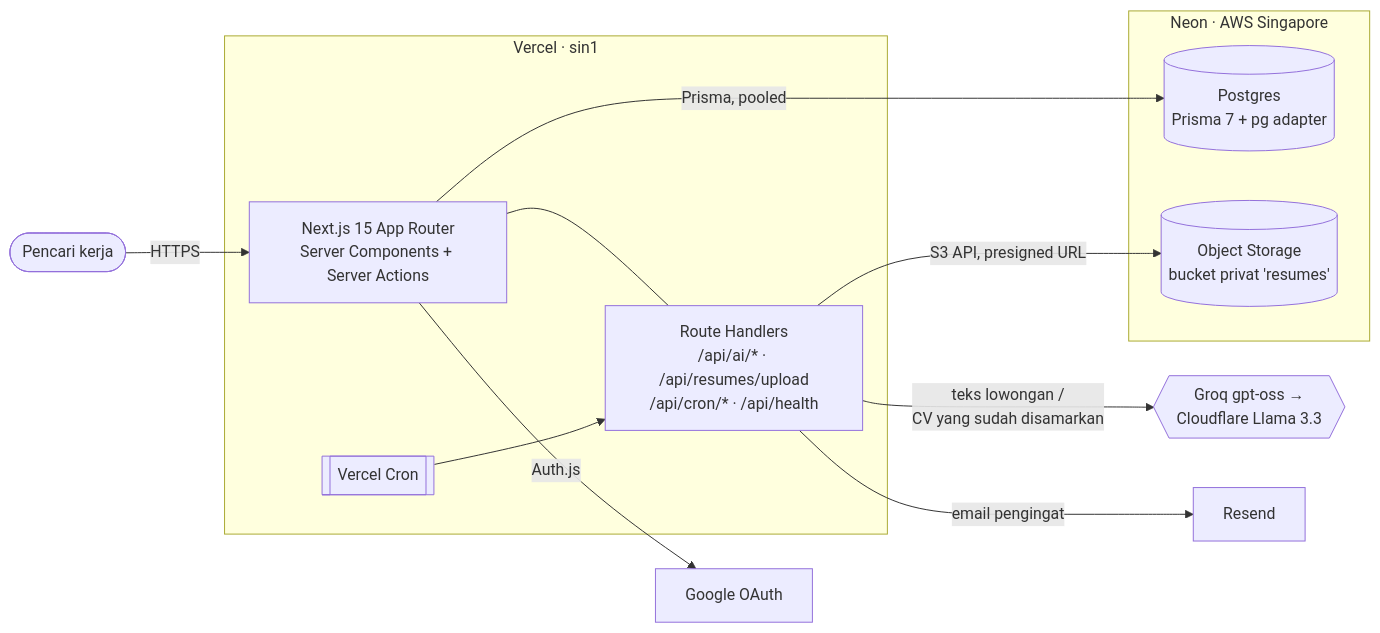
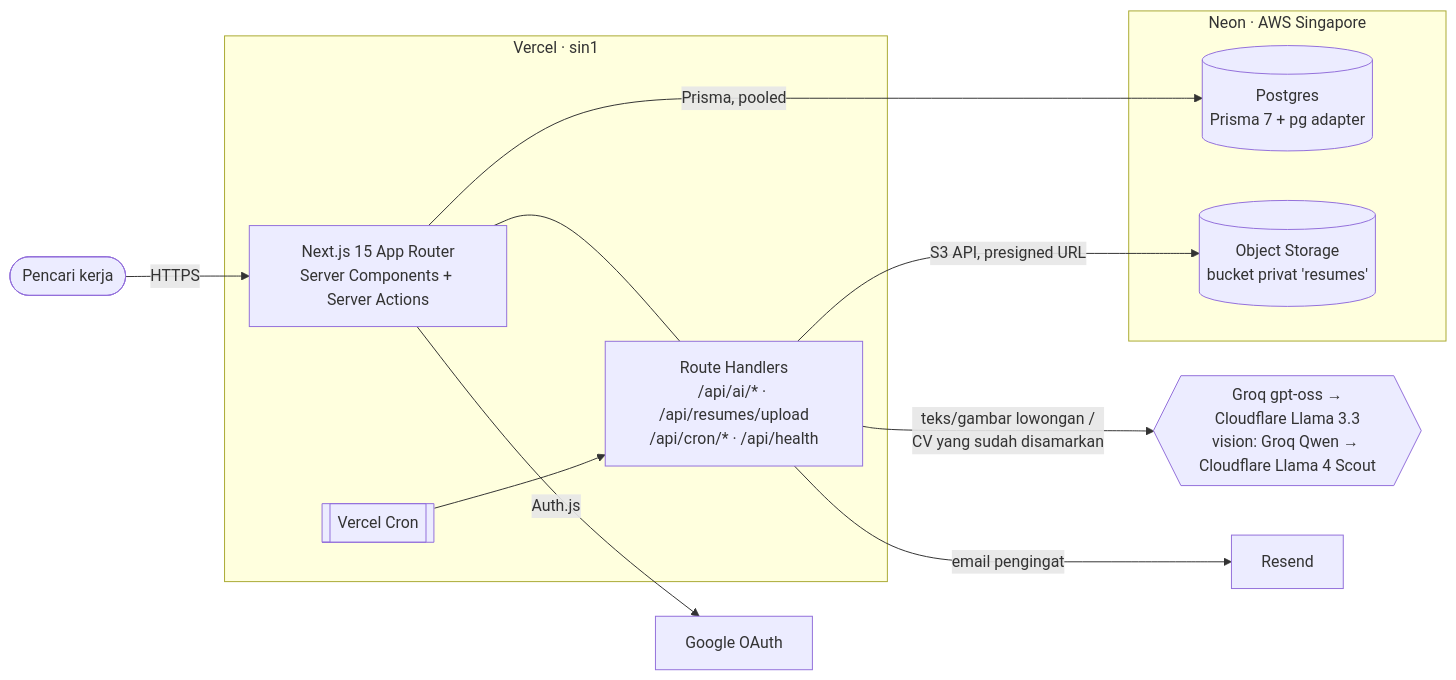
One commit to ariefusry/lajur changed the first of 2 diagrams in README.md. Above: the diagram before and after it, drawn with Mermaid. The commit also changed other lines of this file, not shown here.

````diff
--- a/README.md
+++ b/README.md
@@ -30,23 +32,23 @@
 ```mermaid
 flowchart LR
   user([Pencari kerja]) -->|HTTPS| app
 
   subgraph vercel[Vercel · sin1]
     app[Next.js 15 App Router<br/>Server Components + Server Actions]
     api[Route Handlers<br/>/api/ai/* · /api/resumes/upload<br/>/api/cron/* · /api/health]
     cron[[Vercel Cron]]
     app --- api
     cron --> api
   end
 
   subgraph neon[Neon · AWS Singapore]
     pg[(Postgres<br/>Prisma 7 + pg adapter)]
     s3[(Object Storage<br/>bucket privat 'resumes')]
   end
 
   app -->|Prisma, pooled| pg
   api -->|S3 API, presigned URL| s3
   app -->|Auth.js| google[Google OAuth]
-  api -->|teks lowongan /<br/>CV yang sudah disamarkan| llm{{Groq gpt-oss →<br/>Cloudflare Llama 3.3}}
+  api -->|teks/gambar lowongan /<br/>CV yang sudah disamarkan| llm{{Groq gpt-oss →<br/>Cloudflare Llama 3.3<br/>vision: Groq Qwen → Cloudflare Llama 4 Scout}}
   api -->|email pengingat| resend[Resend]
 ```
````
